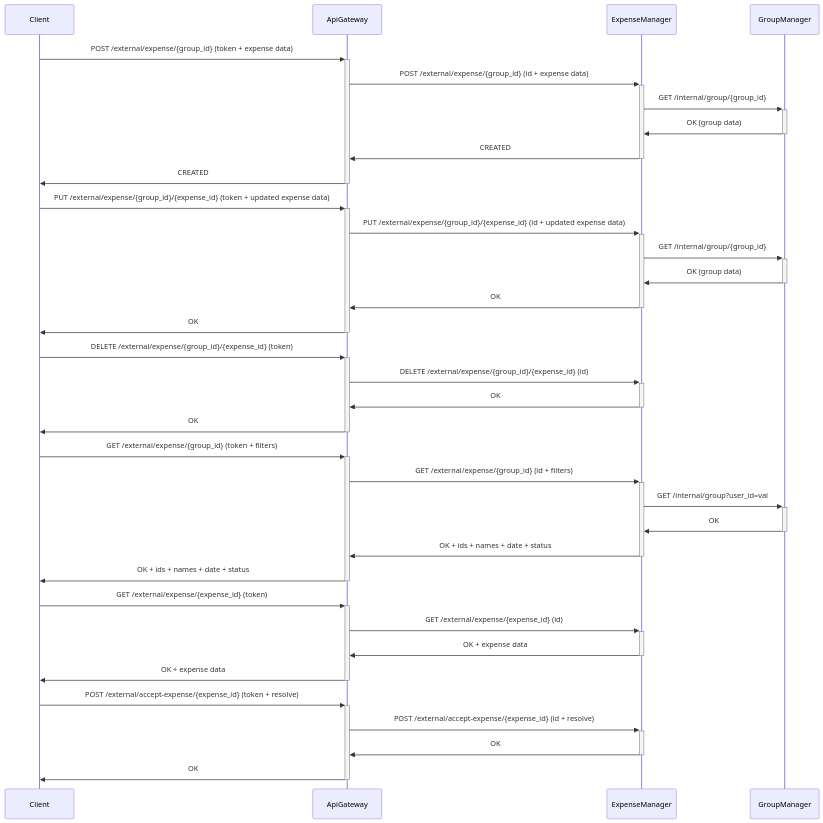
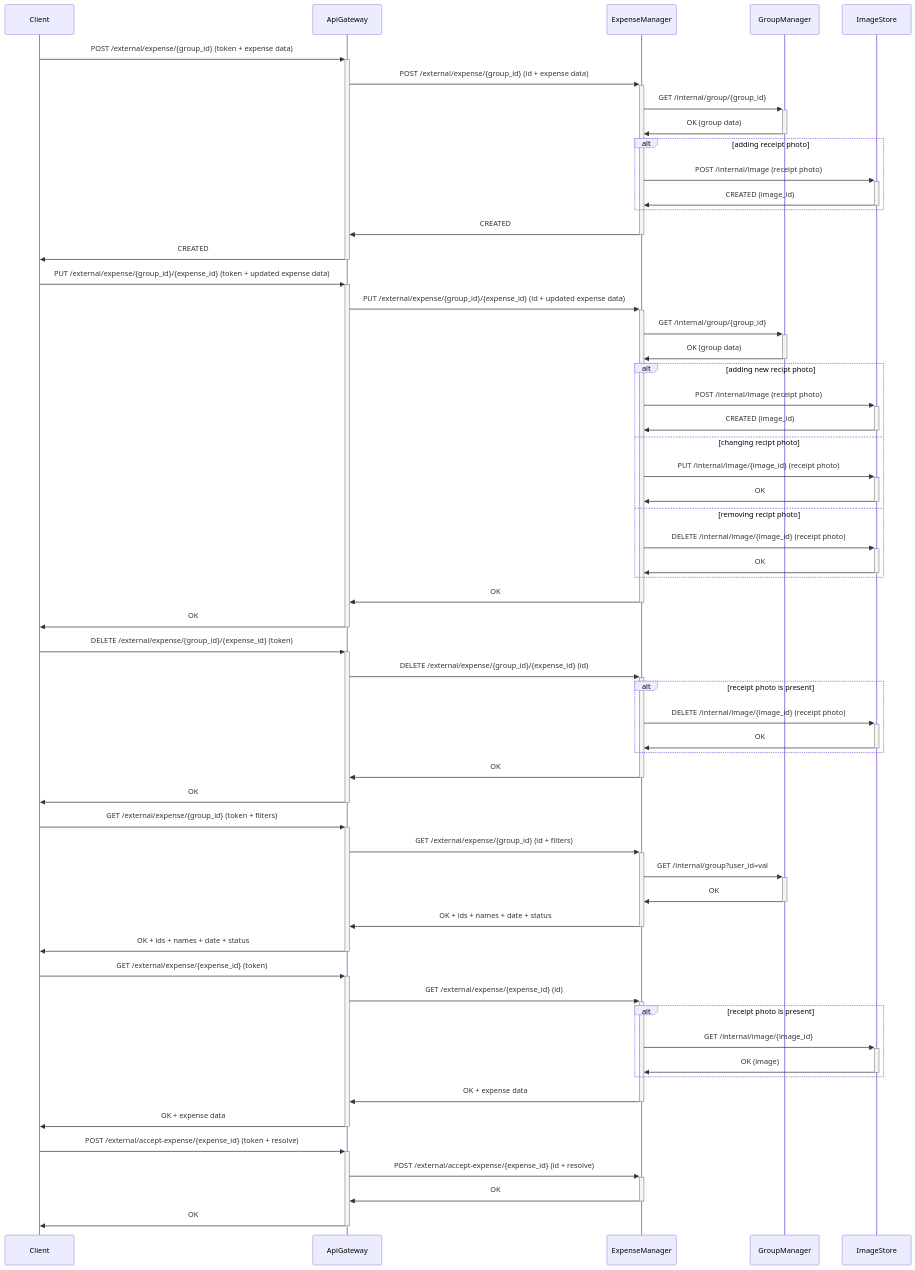
Before and after one commit to Group-Expense-Manager/gem-docs: the fifth of 9 diagrams in docs/diagrams.md, drawn with Mermaid. The commit also changed other lines of this file, not shown here.

Commit message:
edited requests to ImageStore in diagrams

````diff
--- a/docs/diagrams.md
+++ b/docs/diagrams.md
@@ -164,41 +184,63 @@
 ``` mermaid
 sequenceDiagram
 
 Client->>+ApiGateway: POST /external/expense/{group_id} (token + expense data)
 ApiGateway->>+ExpenseManager: POST /external/expense/{group_id} (id + expense data)
 ExpenseManager->>+GroupManager: GET /internal/group/{group_id}
 GroupManager->>-ExpenseManager: OK (group data)
+alt adding receipt photo
+    ExpenseManager->>+ImageStore: POST /internal/image (receipt photo)
+    ImageStore->>-ExpenseManager: CREATED (image_id)
+end
 ExpenseManager->>-ApiGateway: CREATED
 ApiGateway->>-Client: CREATED
 
 
 Client->>+ApiGateway: PUT /external/expense/{group_id}/{expense_id} (token + updated expense data)
 ApiGateway->>+ExpenseManager: PUT /external/expense/{group_id}/{expense_id} (id + updated expense data)
 ExpenseManager->>+GroupManager: GET /internal/group/{group_id}
 GroupManager->>-ExpenseManager: OK (group data)
+alt adding new recipt photo
+    ExpenseManager->>+ImageStore: POST /internal/image (receipt photo)
+    ImageStore->>-ExpenseManager: CREATED (image_id)
+else changing recipt photo
+    ExpenseManager->>+ImageStore: PUT /internal/image/{image_id} (receipt photo)
+    ImageStore->>-ExpenseManager: OK
+else removing recipt photo
+    ExpenseManager->>+ImageStore: DELETE /internal/image/{image_id}  (receipt photo)
+    ImageStore->>-ExpenseManager: OK
+end
 ExpenseManager->>-ApiGateway: OK
 ApiGateway->>-Client: OK
 
 Client->>+ApiGateway: DELETE /external/expense/{group_id}/{expense_id} (token)
 ApiGateway->>+ExpenseManager: DELETE /external/expense/{group_id}/{expense_id} (id)
+alt receipt photo is present    
+    ExpenseManager->>+ImageStore: DELETE /internal/image/{image_id}  (receipt photo)
+    ImageStore->>-ExpenseManager: OK
+end
 ExpenseManager->>-ApiGateway: OK
 ApiGateway->>-Client: OK
 
 Client->>+ApiGateway: GET /external/expense/{group_id} (token + filters)
 ApiGateway->>+ExpenseManager: GET /external/expense/{group_id} (id + filters)
 ExpenseManager->>+GroupManager: GET /internal/group?user_id=val
 GroupManager->>-ExpenseManager: OK
 ExpenseManager->>-ApiGateway: OK + ids + names  + date + status
 ApiGateway->>-Client: OK + ids + names  + date + status
 
 
 Client->>+ApiGateway: GET /external/expense/{expense_id} (token)
 ApiGateway->>+ExpenseManager: GET /external/expense/{expense_id} (id)
+alt receipt photo is present 
+ExpenseManager->>+ImageStore: GET /internal/image/{image_id} 
+ImageStore->>-ExpenseManager: OK (image)
+end
 ExpenseManager->>-ApiGateway: OK + expense data
 ApiGateway->>-Client: OK + expense data
 
 Client->>+ApiGateway: POST /external/accept-expense/{expense_id} (token + resolve)
 ApiGateway->>+ExpenseManager: POST /external/accept-expense/{expense_id} (id + resolve)
 ExpenseManager->>-ApiGateway: OK
 ApiGateway->>-Client: OK
 ```
````
